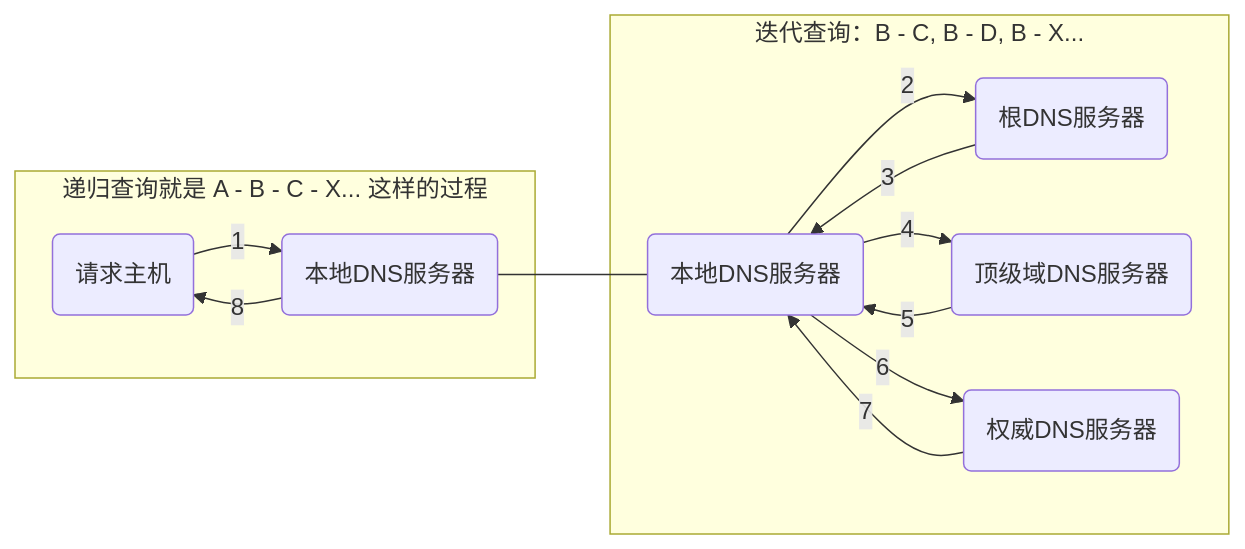
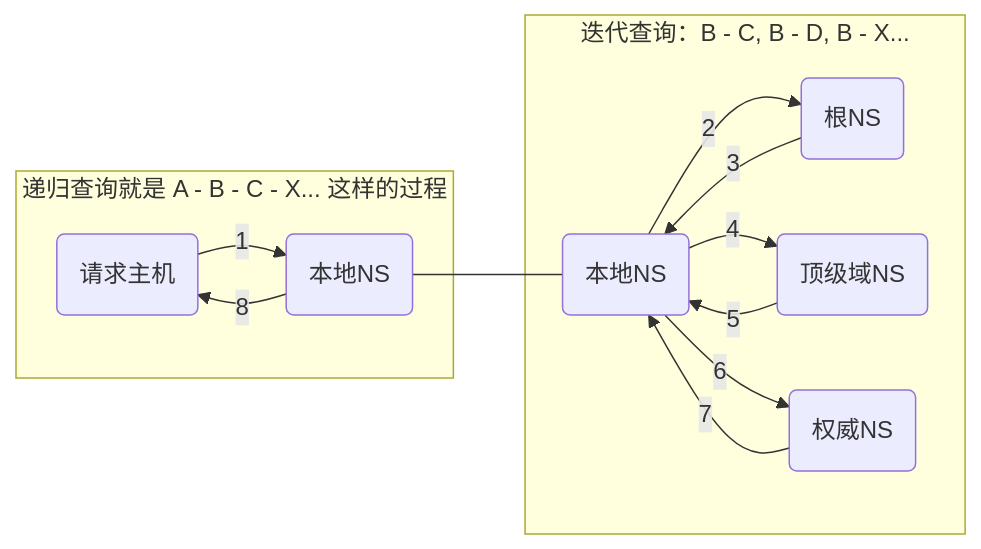
Before and after one commit to esmyy/esmyy.github.io: the third of 3 diagrams in docs/51-network/01-protocol/02-dns.md, drawn with Mermaid. The commit also changed other lines of this file, not shown here.

````diff
--- a/docs/51-network/01-protocol/02-dns.md
+++ b/docs/51-network/01-protocol/02-dns.md
@@ -68,25 +70,25 @@
 ```mermaid
   flowchart LR
 
   subgraph "递归查询就是 A - B - C - X... 这样的过程"
     host(请求主机)
-    local(本地DNS服务器)
+    local(本地NS)
     host --1--> local
     local --8--> host
   end
 
   local --- local2
 
   subgraph "迭代查询：B - C, B - D, B - X..."
-    local2(本地DNS服务器)
-    root(根DNS服务器)
-    top(顶级域DNS服务器)
-    auth(权威DNS服务器)
+    local2(本地NS)
+    root(根NS)
+    top(顶级域NS)
+    auth(权威NS)
     local2 --2--> root
     root --3--> local2
     local2 --4--> top
     top --5--> local2
     local2 --6--> auth
     auth --7--> local2
   end
 ```
````
